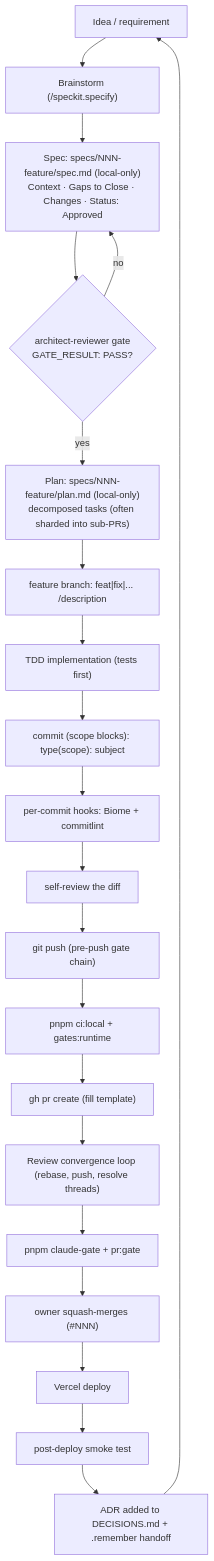
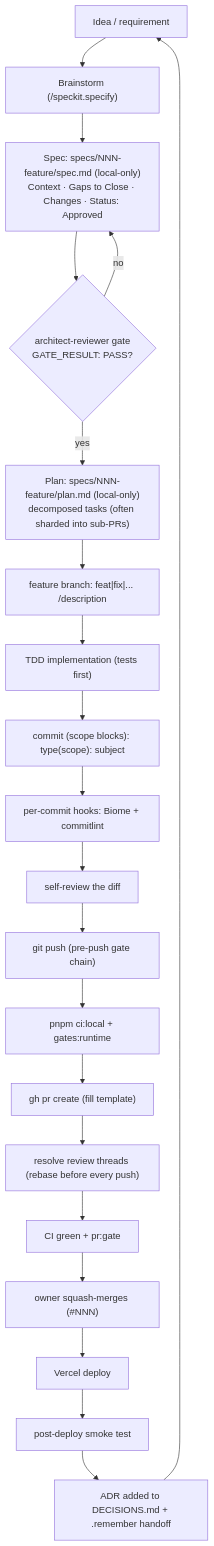
Before and after one commit to erikunha/portfolio: the first of 2 diagrams in docs/handbook/development-lifecycle.md, drawn with Mermaid. The commit also changed other lines of this file and 10 other files, not shown here.

First line of the commit message:
ci(review): make claude-review opt-in and non-blocking (#355)

````diff
--- a/docs/handbook/development-lifecycle.md
+++ b/docs/handbook/development-lifecycle.md
@@ -7,23 +7,23 @@
 ```mermaid
 flowchart TD
     idea["Idea / requirement"] --> brainstorm["Brainstorm (/speckit.specify)"]
     brainstorm --> spec["Spec: specs/NNN-feature/spec.md (local-only)<br/>Context · Gaps to Close · Changes · Status: Approved"]
     spec --> agate{"architect-reviewer gate<br/>GATE_RESULT: PASS?"}
     agate -->|no| spec
     agate -->|yes| plan["Plan: specs/NNN-feature/plan.md (local-only)<br/>decomposed tasks (often sharded into sub-PRs)"]
     plan --> branch["feature branch: feat|fix|... /description"]
     branch --> tdd["TDD implementation (tests first)"]
     tdd --> commit["commit (scope blocks): type(scope): subject"]
     commit --> hooks["per-commit hooks: Biome + commitlint"]
     hooks --> battery["self-review the diff"]
     battery --> push["git push (pre-push gate chain)"]
     push --> readypr["pnpm ci:local + gates:runtime"]
     readypr --> pr["gh pr create (fill template)"]
-    pr --> conv["Review convergence loop (rebase, push, resolve threads)"]
-    conv --> readymerge["pnpm claude-gate + pr:gate"]
+    pr --> conv["resolve review threads (rebase before every push)"]
+    conv --> readymerge["CI green + pr:gate"]
     readymerge --> merge["owner squash-merges (#NNN)"]
     merge --> deploy["Vercel deploy"]
     deploy --> smoke["post-deploy smoke test"]
     smoke --> adr["ADR added to DECISIONS.md + .remember handoff"]
     adr --> idea
 ```
````
